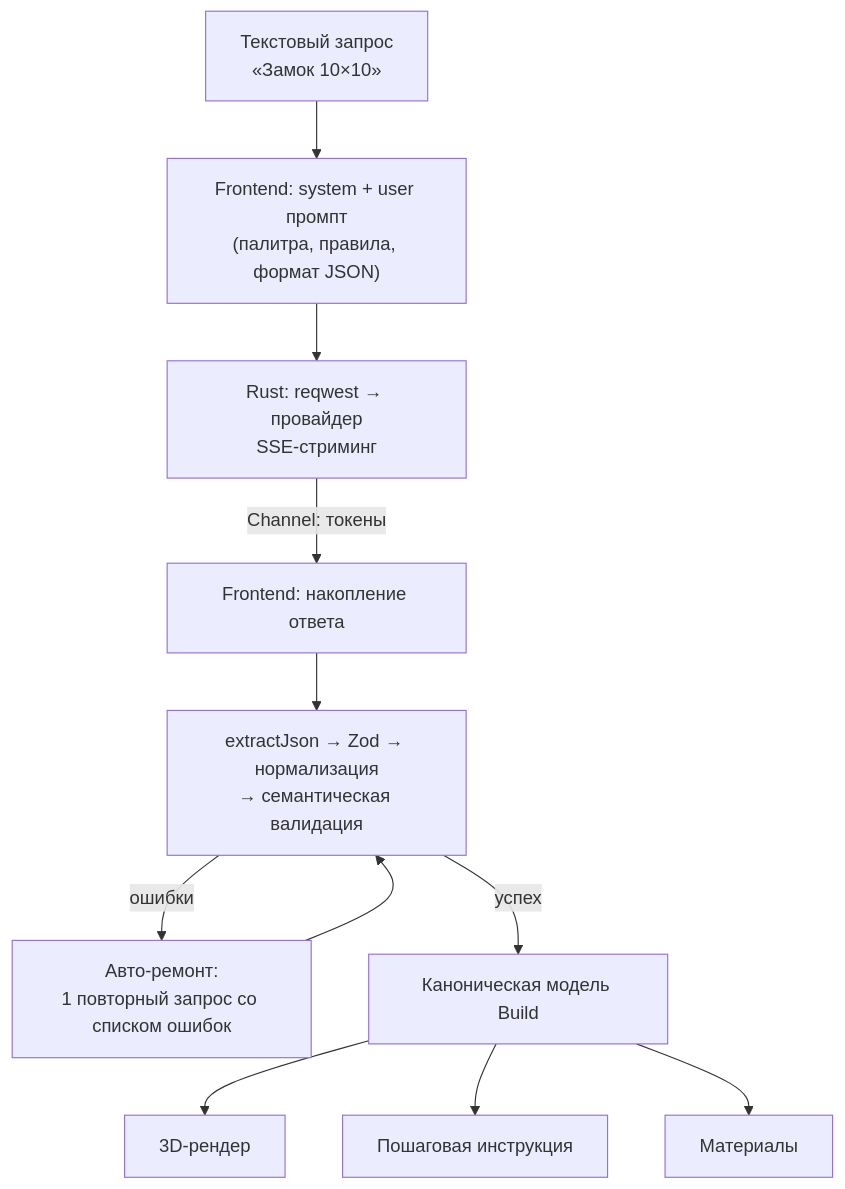
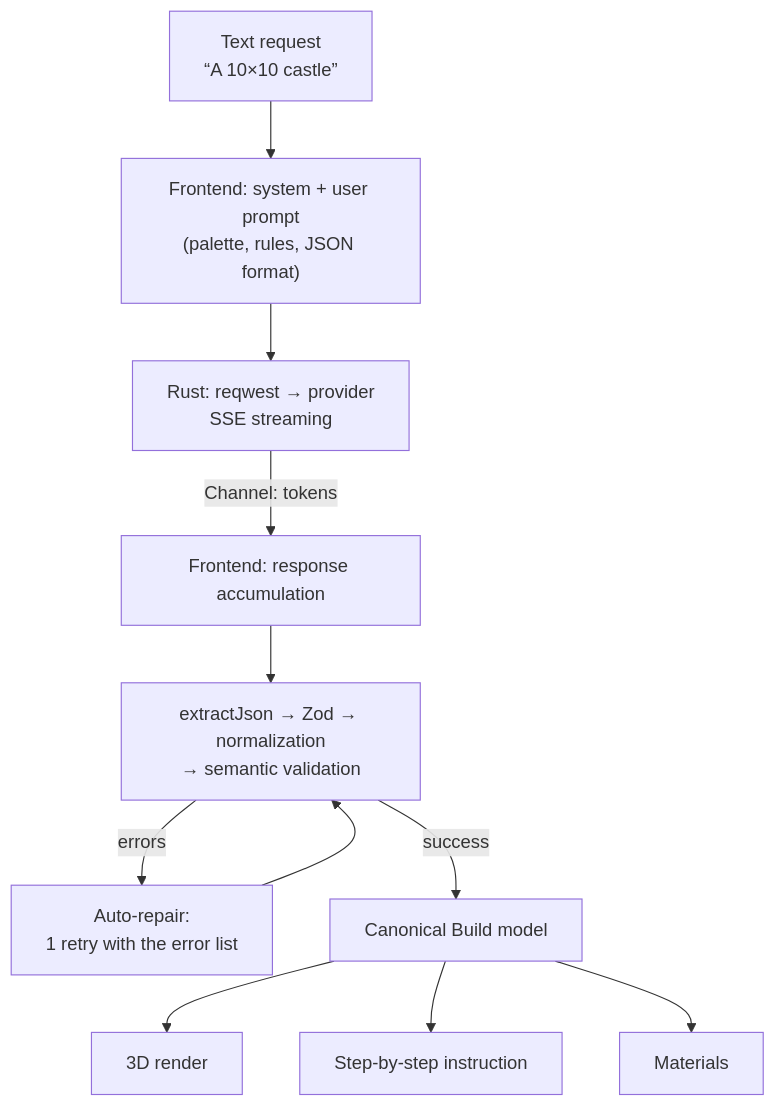
The diagram in README.md (leonpro228/VibeBuild), drawn with Mermaid before and after one commit. The commit also changed other lines of this file and 16 other files, not shown here.

````diff
--- a/README.md
+++ b/README.md
@@ -31,13 +34,13 @@
 ```mermaid
 flowchart TD
-    A["Текстовый запрос<br/>«Замок 10×10»"] --> B["Frontend: system + user промпт<br/>(палитра, правила, формат JSON)"]
-    B --> C["Rust: reqwest → провайдер<br/>SSE-стриминг"]
-    C -->|"Channel: токены"| D["Frontend: накопление ответа"]
-    D --> E["extractJson → Zod → нормализация<br/>→ семантическая валидация"]
-    E -->|"ошибки"| F["Авто-ремонт:<br/>1 повторный запрос со списком ошибок"]
+    A["Text request<br/>“A 10×10 castle”"] --> B["Frontend: system + user prompt<br/>(palette, rules, JSON format)"]
+    B --> C["Rust: reqwest → provider<br/>SSE streaming"]
+    C -->|"Channel: tokens"| D["Frontend: response accumulation"]
+    D --> E["extractJson → Zod → normalization<br/>→ semantic validation"]
+    E -->|"errors"| F["Auto-repair:<br/>1 retry with the error list"]
     F --> E
-    E -->|"успех"| G["Каноническая модель Build"]
-    G --> H["3D-рендер"]
-    G --> I["Пошаговая инструкция"]
-    G --> J["Материалы"]
+    E -->|"success"| G["Canonical Build model"]
+    G --> H["3D render"]
+    G --> I["Step-by-step instruction"]
+    G --> J["Materials"]
 ```
````
